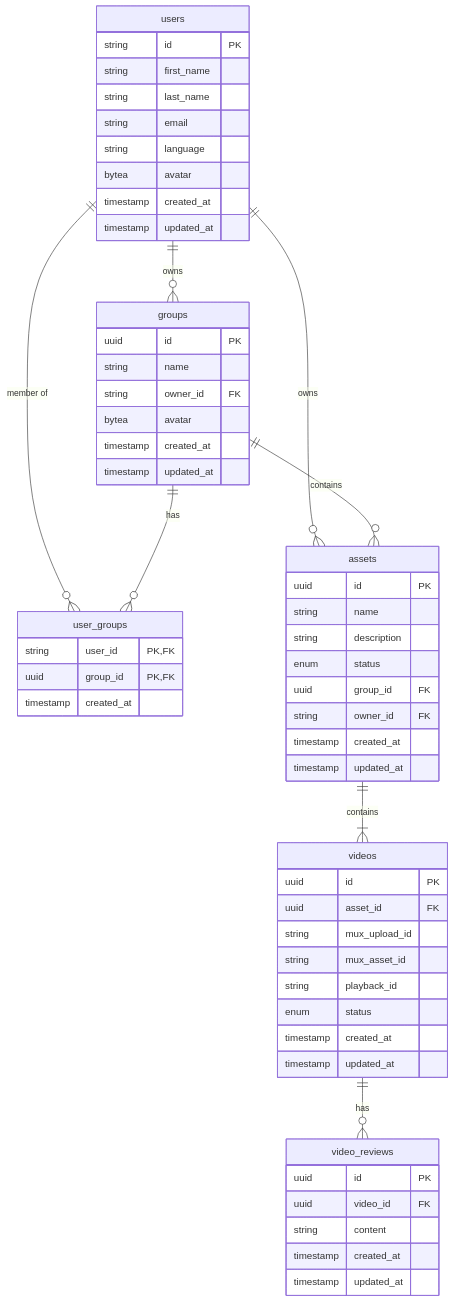
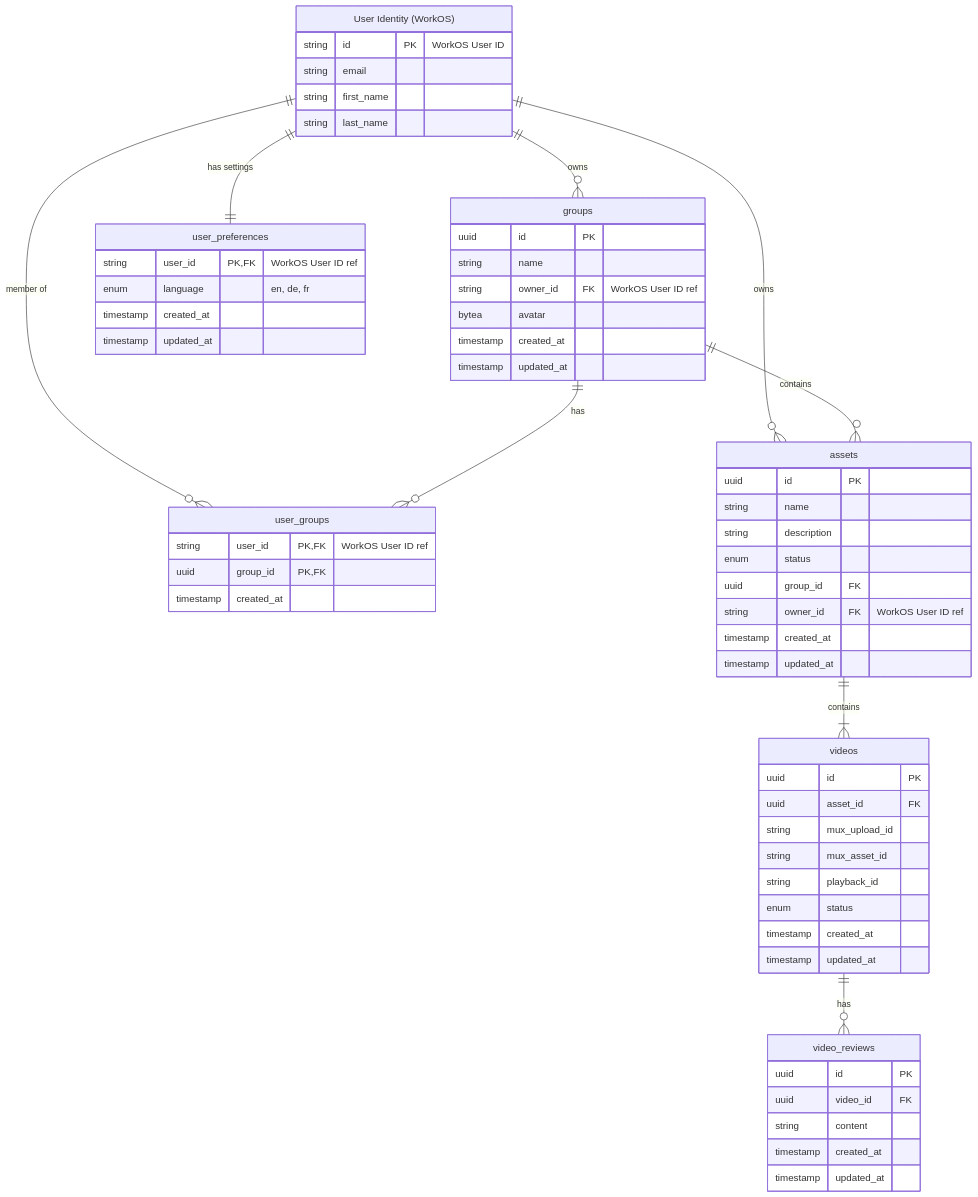
The fourth of 4 diagrams in README.md (OZIOisgood/zeta), drawn with Mermaid before and after one commit. The commit also changed other lines of this file and 31 other files, not shown here.

````diff
--- a/README.md
+++ b/README.md
@@ -169,66 +167,71 @@
 ```mermaid
 erDiagram
     users ||--o{ groups : owns
     users ||--o{ user_groups : "member of"
     groups ||--o{ user_groups : has
     users ||--o{ assets : owns
     groups ||--o{ assets : contains
     assets ||--|{ videos : contains
     videos ||--o{ video_reviews : has
 
-    users {
-        string id PK
+    users["User Identity (WorkOS)"] {
+        string id PK "WorkOS User ID"
+        string email
         string first_name
         string last_name
-        string email
-        string language
-        bytea avatar
+    }
+
+    user_preferences {
+        string user_id PK, FK "WorkOS User ID ref"
+        enum language "en, de, fr"
         timestamp created_at
         timestamp updated_at
     }
 
+    users ||--|| user_preferences : "has settings"
+
     groups {
         uuid id PK
         string name
-        string owner_id FK
+        string owner_id FK "WorkOS User ID ref"
         bytea avatar
         timestamp created_at
         timestamp updated_at
     }
 
     user_groups {
-        string user_id PK, FK
+        string user_id PK, FK "WorkOS User ID ref"
         uuid group_id PK, FK
         timestamp created_at
     }
 
     assets {
         uuid id PK
         string name
         string description
         enum status
         uuid group_id FK
-        string owner_id FK
+        string owner_id FK "WorkOS User ID ref"
         timestamp created_at
         timestamp updated_at
     }
 
     videos {
         uuid id PK
         uuid asset_id FK
         string mux_upload_id
         string mux_asset_id
         string playback_id
         enum status
         timestamp created_at
         timestamp updated_at
     }
 
     video_reviews {
         uuid id PK
         uuid video_id FK
         string content
         timestamp created_at
         timestamp updated_at
     }
 ```
````
